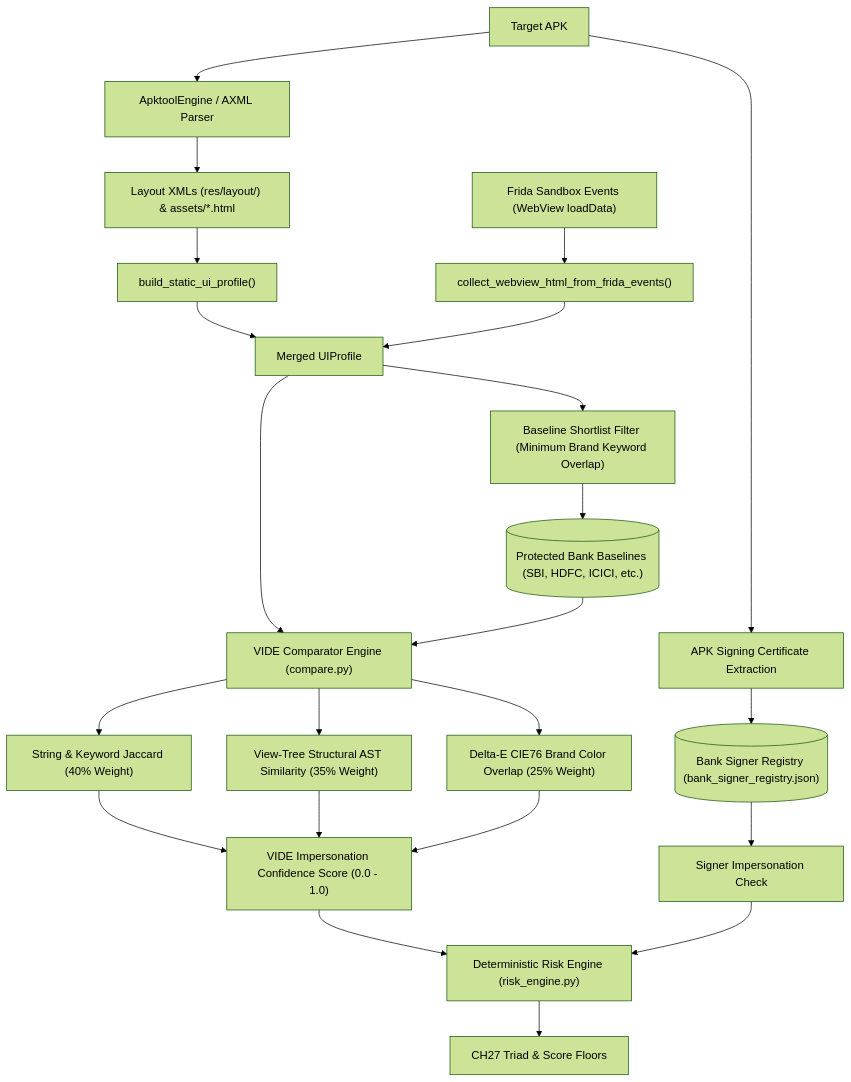
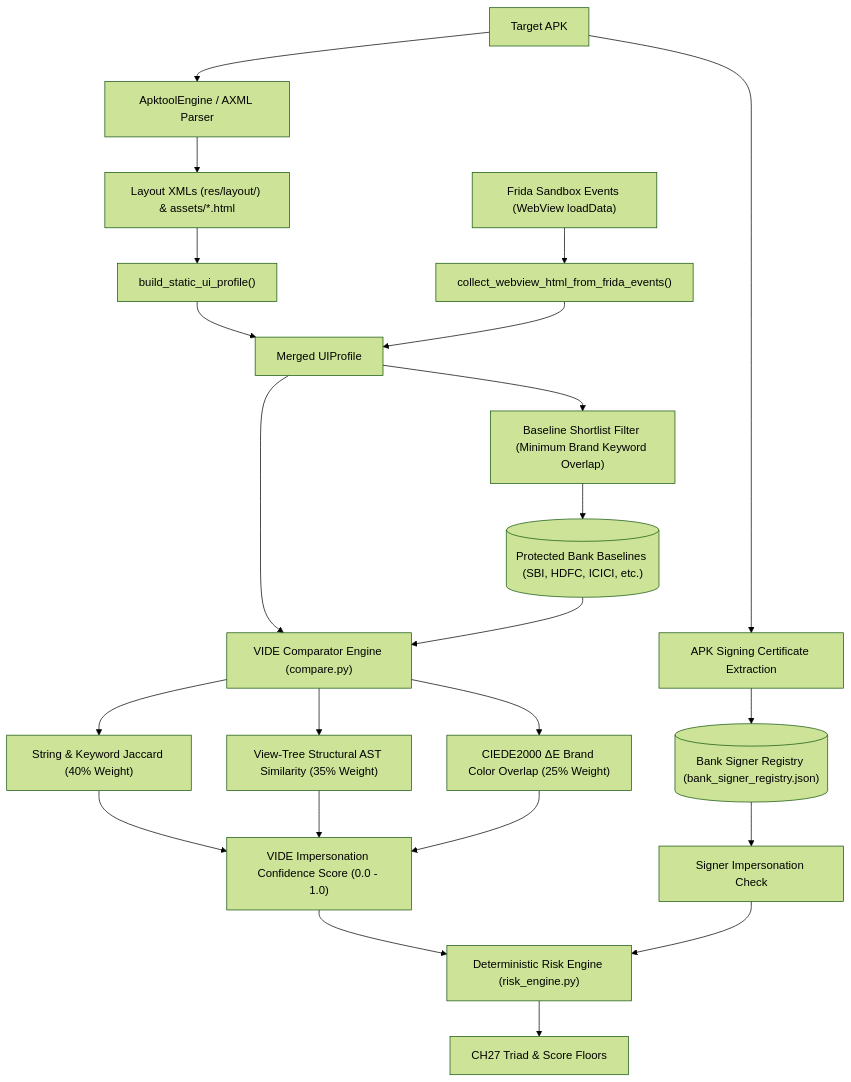
The diagram in docs/architecture/VIDE.md (SanTiwari07/Sudarshan), drawn with Mermaid (forest theme) before and after one commit. The commit also changed other lines of this file and 41 other files, not shown here.

Commit message:
add comprehensive architectural documentation and project structure scaffolding

````diff
--- a/docs/architecture/VIDE.md
+++ b/docs/architecture/VIDE.md
@@ -35,27 +35,27 @@
 ```mermaid
 graph TD
     APK["Target APK"] --> STATIC_EXT["ApktoolEngine / AXML Parser"]
     STATIC_EXT --> LAYOUT["Layout XMLs (res/layout/) & assets/*.html"]
     LAYOUT --> STATIC_PROFILE["build_static_ui_profile()"]
 
     FRIDA["Frida Sandbox Events (WebView loadData)"] --> DYN_PROFILE["collect_webview_html_from_frida_events()"]
 
     STATIC_PROFILE & DYN_PROFILE --> MERGED_PROFILE["Merged UIProfile"]
     
     MERGED_PROFILE --> SHORTLIST["Baseline Shortlist Filter (Minimum Brand Keyword Overlap)"]
     SHORTLIST --> BASELINES[("Protected Bank Baselines (SBI, HDFC, ICICI, etc.)")]
 
     MERGED_PROFILE & BASELINES --> COMPARE["VIDE Comparator Engine (compare.py)"]
     COMPARE --> S_JACCARD["String & Keyword Jaccard (40% Weight)"]
     COMPARE --> S_TREE["View-Tree Structural AST Similarity (35% Weight)"]
-    COMPARE --> S_COLOR["Delta-E CIE76 Brand Color Overlap (25% Weight)"]
+    COMPARE --> S_COLOR["CIEDE2000 ΔE Brand Color Overlap (25% Weight)"]
 
     S_JACCARD & S_TREE & S_COLOR --> CONF["VIDE Impersonation Confidence Score (0.0 - 1.0)"]
     
     APK --> CERT["APK Signing Certificate Extraction"]
     CERT --> SIGNER_REG[("Bank Signer Registry (bank_signer_registry.json)")]
     SIGNER_REG --> SIGNER_CHECK["Signer Impersonation Check"]
 
     CONF & SIGNER_CHECK --> RISK_ENGINE["Deterministic Risk Engine (risk_engine.py)"]
     RISK_ENGINE --> ESCALATION["CH27 Triad & Score Floors"]
 ```
````
